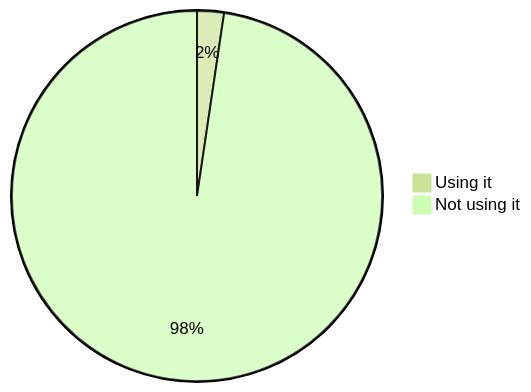
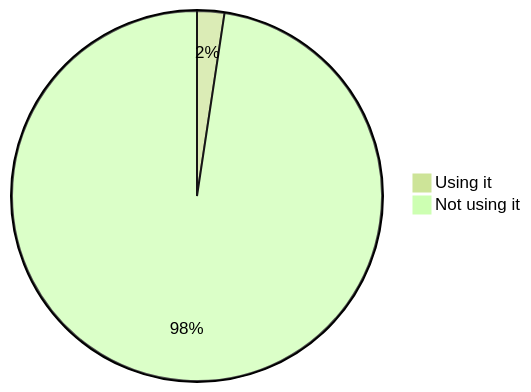
One commit to oshp/oshp-stats changed diagram 17 of 22 in stats.md. Above: the diagram before and after it, drawn with Mermaid (forest theme). The commit also changed other lines of this file, not shown here.

````diff
--- a/stats.md
+++ b/stats.md
@@ -202,6 +202,6 @@
 ```mermaid
 pie
-	"Using it" : 2.34
-	"Not using it" : 97.66
+	"Using it" : 2.38
+	"Not using it" : 97.62
 
 ```
````
